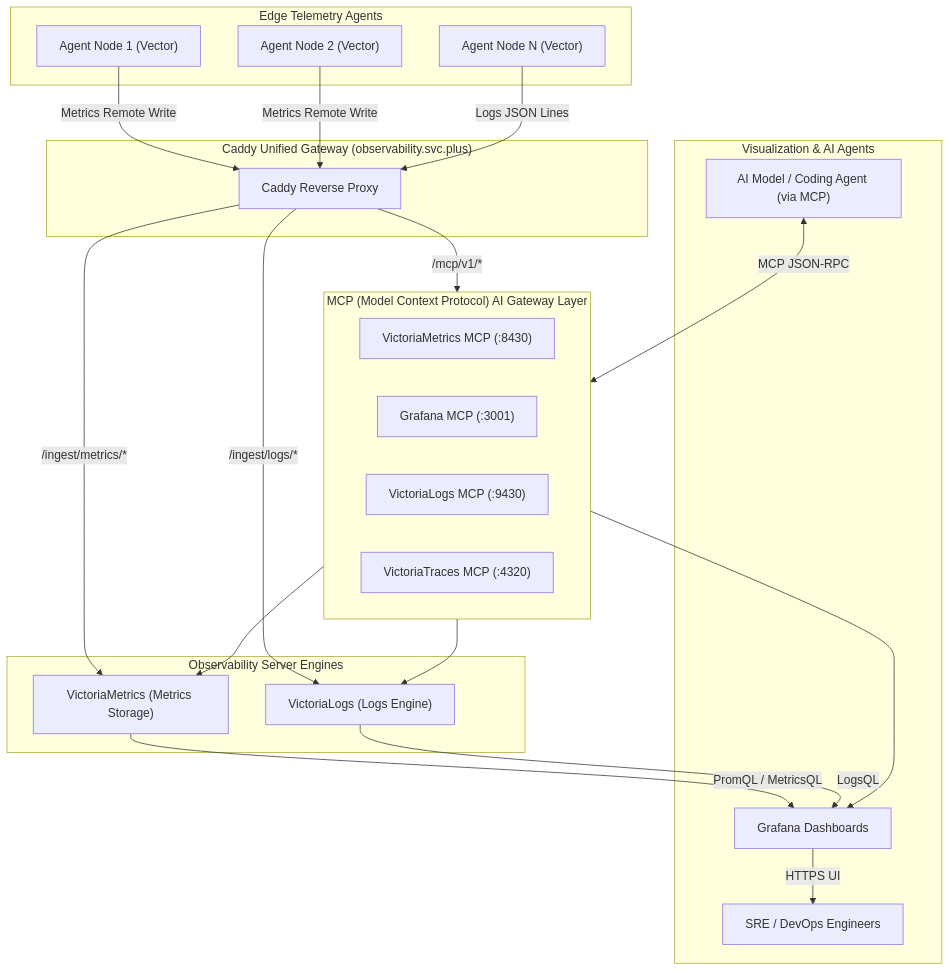
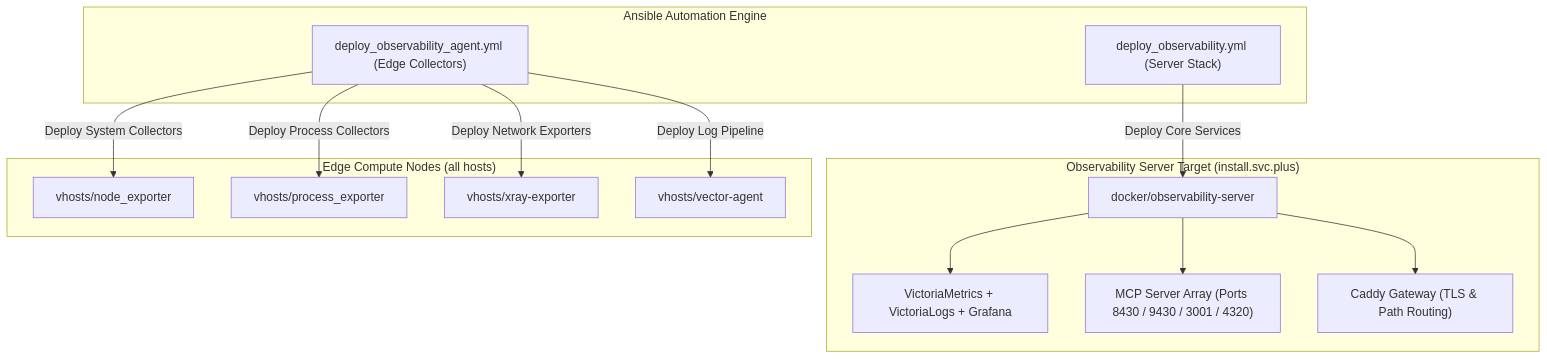
One commit to Cloud-Neutral-Workshop/knowledge changed the first of 2 diagrams in content/03-observability/observability-server-core.en.md. Above: the diagram before and after it, drawn with Mermaid. The commit also changed other lines of this file and 1 other file, not shown here.

Commit message:
docs(observability): update observability server core article with 4-MCP AIOps incident post-mortem (zh & en)

````diff
--- a/content/03-observability/observability-server-core.en.md
+++ b/content/03-observability/observability-server-core.en.md
@@ -85,48 +55,31 @@
 ```mermaid
-flowchart TD
-    subgraph Agents ["Edge Telemetry Agents"]
-        V1["Agent Node 1 (Vector)"]
-        V2["Agent Node 2 (Vector)"]
-        VN["Agent Node N (Vector)"]
+graph TD
+    subgraph ControlPlane ["Ansible Automation Engine"]
+        P1["deploy_observability.yml (Server Stack)"]
+        P2["deploy_observability_agent.yml (Edge Collectors)"]
     end
 
-    subgraph ServerIngress ["Caddy Unified Gateway (observability.svc.plus)"]
-        CADDY["Caddy Reverse Proxy"]
+    subgraph ServerHost ["Observability Server Target (install.svc.plus)"]
+        RoleServer["docker/observability-server"]
+        CoreStack["VictoriaMetrics + VictoriaLogs + Grafana"]
+        MCPArray["MCP Server Array (Ports 8430 / 9430 / 3001 / 4320)"]
+        Gateway["Caddy Gateway (TLS & Path Routing)"]
     end
 
-    subgraph CoreEngine ["Observability Server Engines"]
-        VM["VictoriaMetrics (Metrics Storage)"]
-        VL["VictoriaLogs (Logs Engine)"]
+    subgraph EdgeHosts ["Edge Compute Nodes (all hosts)"]
+        RoleNode["vhosts/node_exporter"]
+        RoleProc["vhosts/process_exporter"]
+        RoleXray["vhosts/xray-exporter"]
+        RoleVector["vhosts/vector-agent"]
     end
 
-    subgraph MCPLayer ["MCP (Model Context Protocol) AI Gateway Layer"]
-        VM_MCP["VictoriaMetrics MCP (:8430)"]
-        GRAFANA_MCP["Grafana MCP (:3001)"]
-        VL_MCP["VictoriaLogs MCP (:9430)"]
-        VT_MCP["VictoriaTraces MCP (:4320)"]
-    end
+    P1 -->|Deploy Core Services| RoleServer
+    RoleServer --> CoreStack
+    RoleServer --> MCPArray
+    RoleServer --> Gateway
 
-    subgraph Visualization ["Visualization & AI Agents"]
-        GRAFANA["Grafana Dashboards"]
-        AI_AGENT["AI Model / Coding Agent (via MCP)"]
-        USERS["SRE / DevOps Engineers"]
-    end
-
-    V1 -->|Metrics Remote Write| CADDY
-    V2 -->|Metrics Remote Write| CADDY
-    VN -->|Logs JSON Lines| CADDY
-
-    CADDY -->|/ingest/metrics/*| VM
-    CADDY -->|/ingest/logs/*| VL
-    CADDY -->|/mcp/v1/*| MCPLayer
-
-    MCPLayer --> VM
-    MCPLayer --> VL
-    MCPLayer --> GRAFANA
-
-    VM -->|PromQL / MetricsQL| GRAFANA
-    VL -->|LogsQL| GRAFANA
-
-    GRAFANA -->|HTTPS UI| USERS
-    AI_AGENT <-->|MCP JSON-RPC| MCPLayer
+    P2 -->|Deploy System Collectors| RoleNode
+    P2 -->|Deploy Process Collectors| RoleProc
+    P2 -->|Deploy Network Exporters| RoleXray
+    P2 -->|Deploy Log Pipeline| RoleVector
 ```
````
